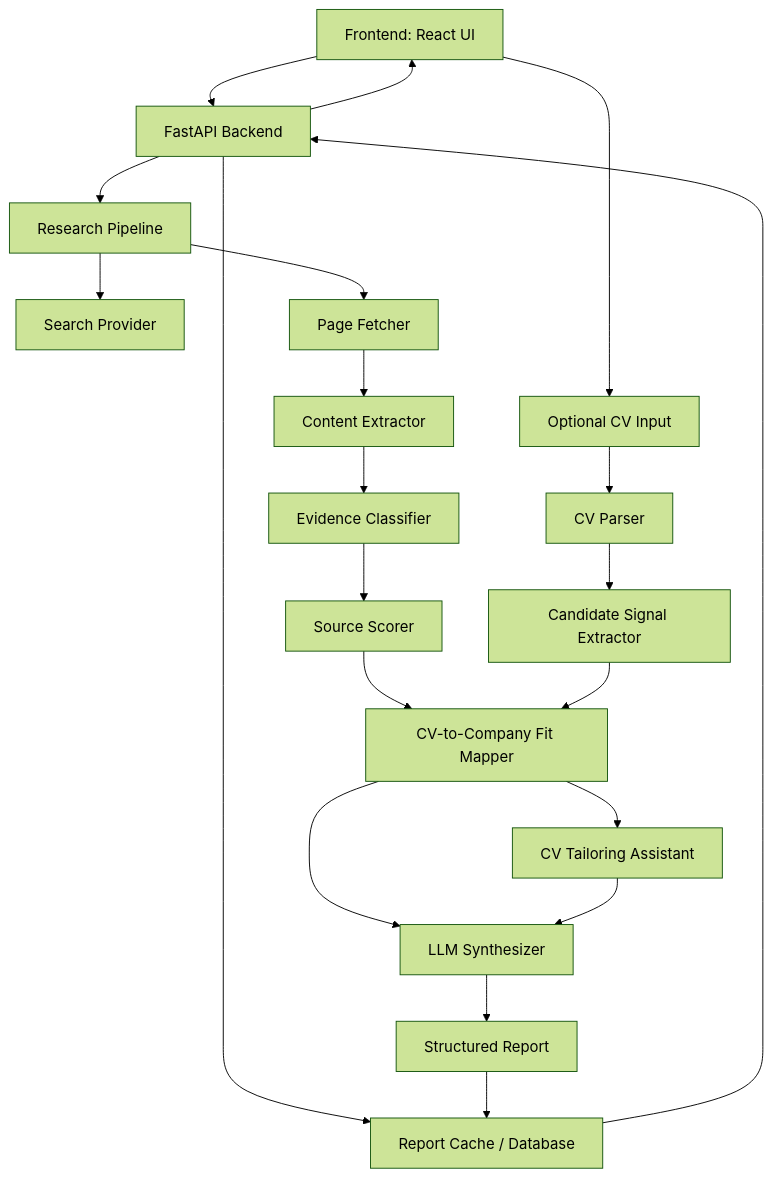
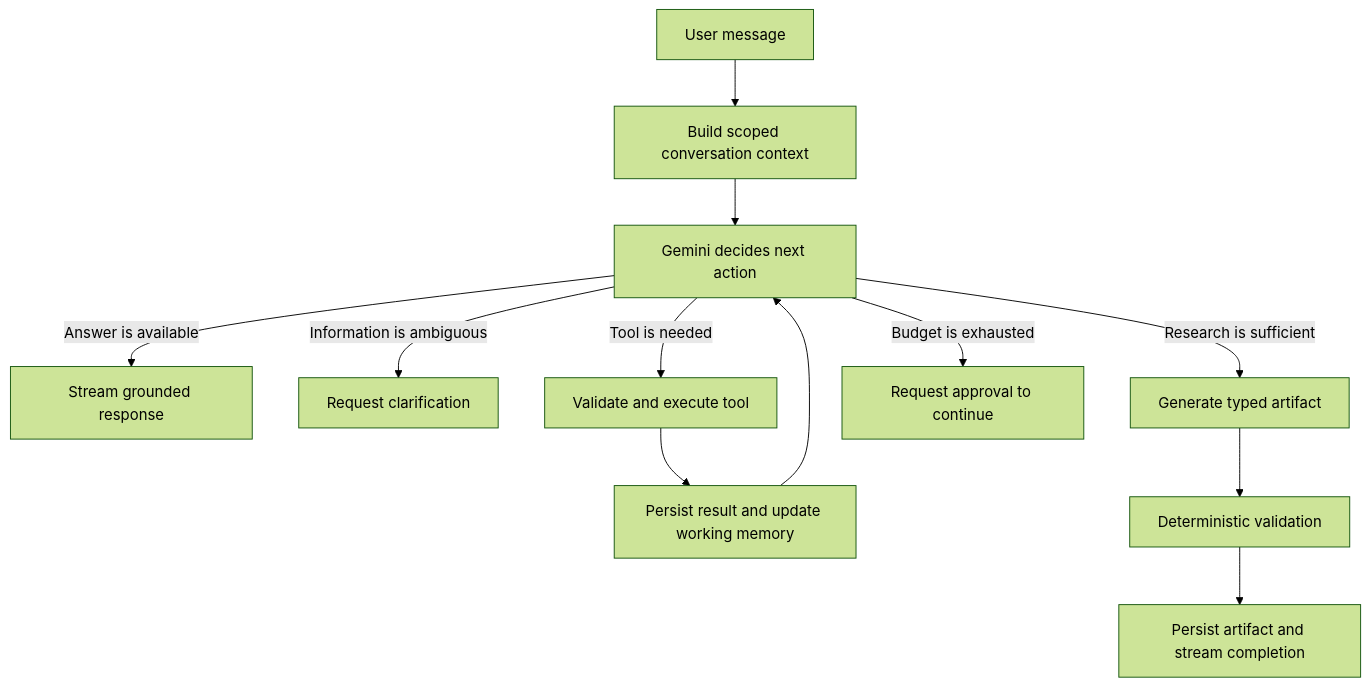
One commit to Sebalin2003/Company-Research-Agent changed the diagram in PRD.md. Above: the diagram before and after it, drawn with Mermaid (forest theme). The commit also changed other lines of this file, not shown here.

````diff
--- a/PRD.md
+++ b/PRD.md
@@ -258,23 +163,14 @@
 ```mermaid
 flowchart TD
-    A["Frontend: React UI"] --> B["FastAPI Backend"]
-    B --> C["Report Cache / Database"]
-    B --> D["Research Pipeline"]
-    D --> E["Search Provider"]
-    D --> F["Page Fetcher"]
-    F --> G["Content Extractor"]
-    G --> H["Evidence Classifier"]
-    H --> I["Source Scorer"]
-    A --> L["Optional CV Input"]
-    L --> M["CV Parser"]
-    M --> N["Candidate Signal Extractor"]
-    I --> O["CV-to-Company Fit Mapper"]
-    N --> O
-    O --> P["CV Tailoring Assistant"]
-    O --> J["LLM Synthesizer"]
-    P --> J
-    J --> K["Structured Report"]
-    K --> C
-    C --> B
-    B --> A
+    A["User message"] --> B["Build scoped conversation context"]
+    B --> C["Gemini decides next action"]
+    C -->|"Answer is available"| D["Stream grounded response"]
+    C -->|"Information is ambiguous"| E["Request clarification"]
+    C -->|"Tool is needed"| F["Validate and execute tool"]
+    F --> G["Persist result and update working memory"]
+    G --> C
+    C -->|"Research is sufficient"| H["Generate typed artifact"]
+    H --> I["Deterministic validation"]
+    I --> J["Persist artifact and stream completion"]
+    C -->|"Budget is exhausted"| K["Request approval to continue"]
 ```
````
